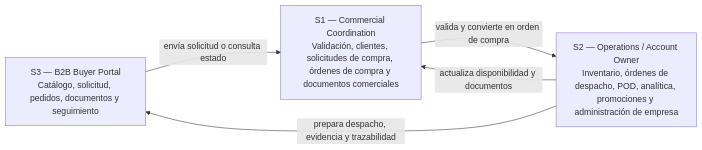
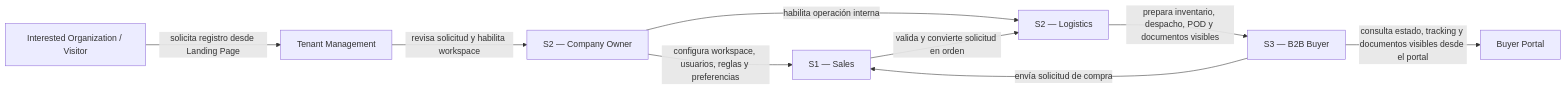
One commit to upc-pre-202610-1asi0729-12010-VulturesD/nexa-report changed the first of 3 diagrams in 40-chapter-4-product-design/4-2-information-architecture.md. Above: the diagram before and after it, drawn with Mermaid. The commit also changed other lines of this file and 1 other file, not shown here.

First line of the commit message:
docs(ch4): add 4-2-information-architecture.md to ch4 structure

````diff
--- a/40-chapter-4-product-design/4-2-information-architecture.md
+++ b/40-chapter-4-product-design/4-2-information-architecture.md
@@ -7,11 +11,11 @@
 ```mermaid
 flowchart LR
-    S3["S3 — B2B Buyer Portal<br/>Catálogo, solicitud, pedidos, documentos y seguimiento"]
-    S1["S1 — Commercial Coordination<br/>Validación, clientes, solicitudes de compra, órdenes de compra y documentos comerciales"]
-    S2["S2 — Operations / Account Owner<br/>Inventario, órdenes de despacho, POD, analítica, promociones y administración de empresa"]
-
-    S3 -->|"envía solicitud o consulta estado"| S1
-    S1 -->|"valida y convierte en orden de compra"| S2
-    S2 -->|"prepara despacho, evidencia y trazabilidad"| S3
-    S2 -->|"actualiza disponibilidad y documentos"| S1
+    Visitor["Interested Organization / Visitor"] -->|"solicita registro desde Landing Page"| Tenant["Tenant Management"]
+    Tenant -->|"revisa solicitud y habilita workspace"| Owner["S2 — Company Owner"]
+    Owner -->|"configura workspace, usuarios, reglas y preferencias"| Sales["S1 — Sales"]
+    Owner -->|"habilita operación interna"| Logistics["S2 — Logistics"]
+    Buyer["S3 — B2B Buyer"] -->|"envía solicitud de compra"| Sales
+    Sales -->|"valida y convierte solicitud en orden"| Logistics
+    Logistics -->|"prepara inventario, despacho, POD y documentos visibles"| Buyer
+    Buyer -->|"consulta estado, tracking y documentos visibles desde el portal"| BuyerPortal["Buyer Portal"]
 ```
````
